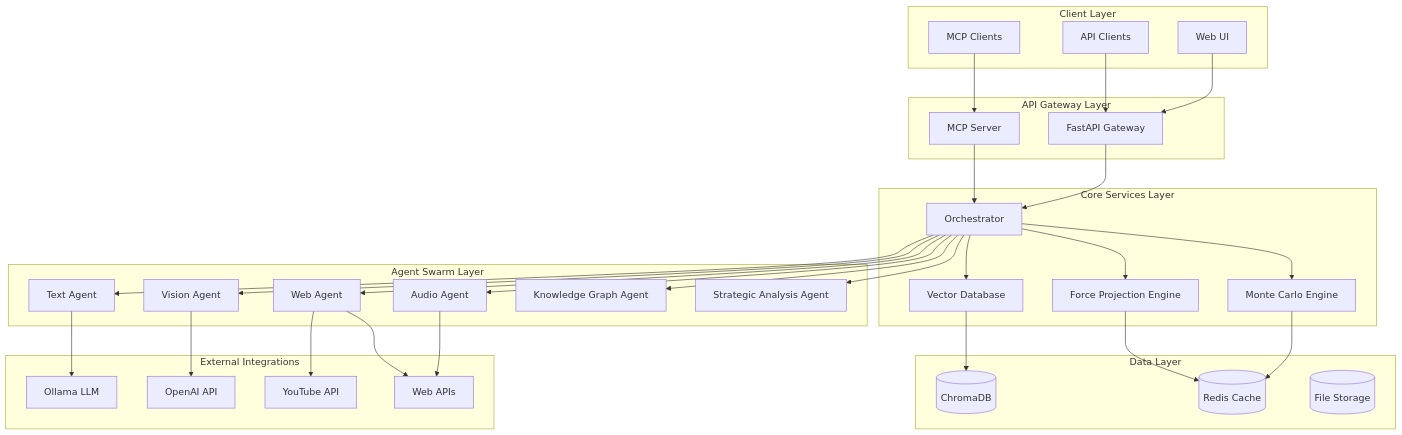
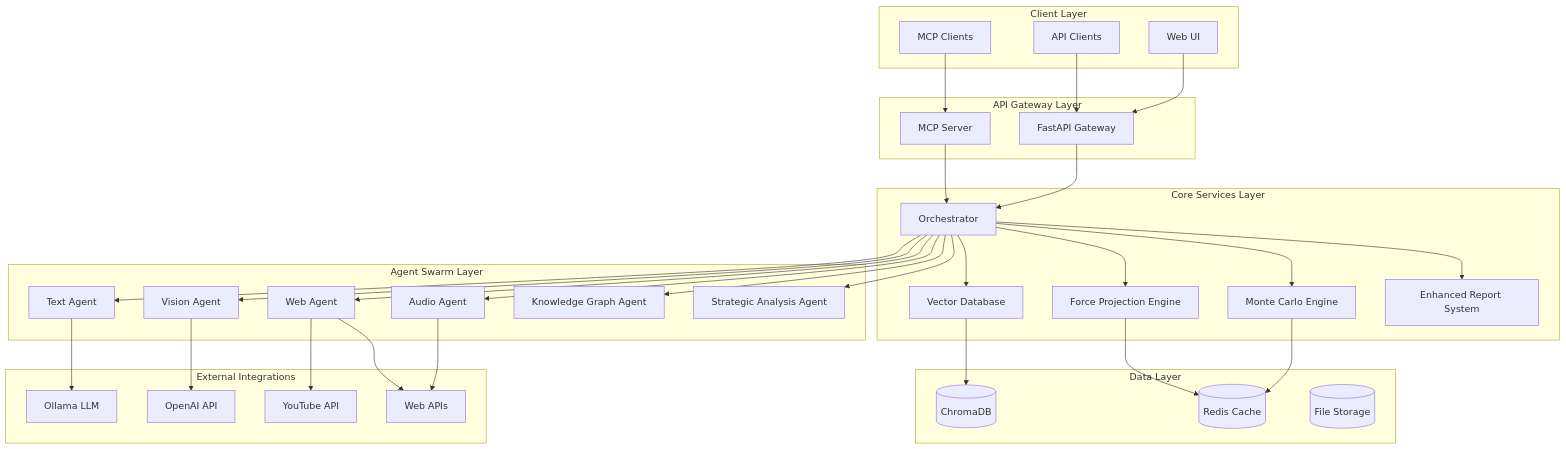
The first of 11 diagrams in README.md (goagiq/DIA3), drawn with Mermaid before and after one commit. The commit also changed other lines of this file and 44 other files, not shown here.

````diff
--- a/README.md
+++ b/README.md
@@ -11,70 +88,72 @@
 ```mermaid
 graph TB
     subgraph "Client Layer"
         UI[Web UI]
         API[API Clients]
         MCP[MCP Clients]
     end
     
     subgraph "API Gateway Layer"
         FastAPI[FastAPI Gateway]
         MCP_Server[MCP Server]
     end
     
     subgraph "Core Services Layer"
         Orchestrator[Orchestrator]
         MonteCarlo[Monte Carlo Engine]
         ForceProjection[Force Projection Engine]
         VectorDB[Vector Database]
+        EnhancedReports[Enhanced Report System]
     end
     
     subgraph "Agent Swarm Layer"
         TextAgent[Text Agent]
         VisionAgent[Vision Agent]
         AudioAgent[Audio Agent]
         WebAgent[Web Agent]
         KnowledgeGraph[Knowledge Graph Agent]
         StrategicAgent[Strategic Analysis Agent]
     end
     
     subgraph "Data Layer"
         ChromaDB[(ChromaDB)]
         Cache[(Redis Cache)]
         FileStorage[(File Storage)]
     end
     
     subgraph "External Integrations"
         Ollama[Ollama LLM]
         OpenAI[OpenAI API]
         YouTube[YouTube API]
         WebAPIs[Web APIs]
     end
     
     UI --> FastAPI
     API --> FastAPI
     MCP --> MCP_Server
     
     FastAPI --> Orchestrator
     MCP_Server --> Orchestrator
     
     Orchestrator --> TextAgent
     Orchestrator --> VisionAgent
     Orchestrator --> AudioAgent
     Orchestrator --> WebAgent
     Orchestrator --> KnowledgeGraph
     Orchestrator --> StrategicAgent
     
     Orchestrator --> MonteCarlo
     Orchestrator --> ForceProjection
     Orchestrator --> VectorDB
+    Orchestrator --> EnhancedReports
     
     MonteCarlo --> Cache
     ForceProjection --> Cache
     VectorDB --> ChromaDB
     
     TextAgent --> Ollama
     VisionAgent --> OpenAI
     AudioAgent --> WebAPIs
     WebAgent --> YouTube
     WebAgent --> WebAPIs
 ```
````
